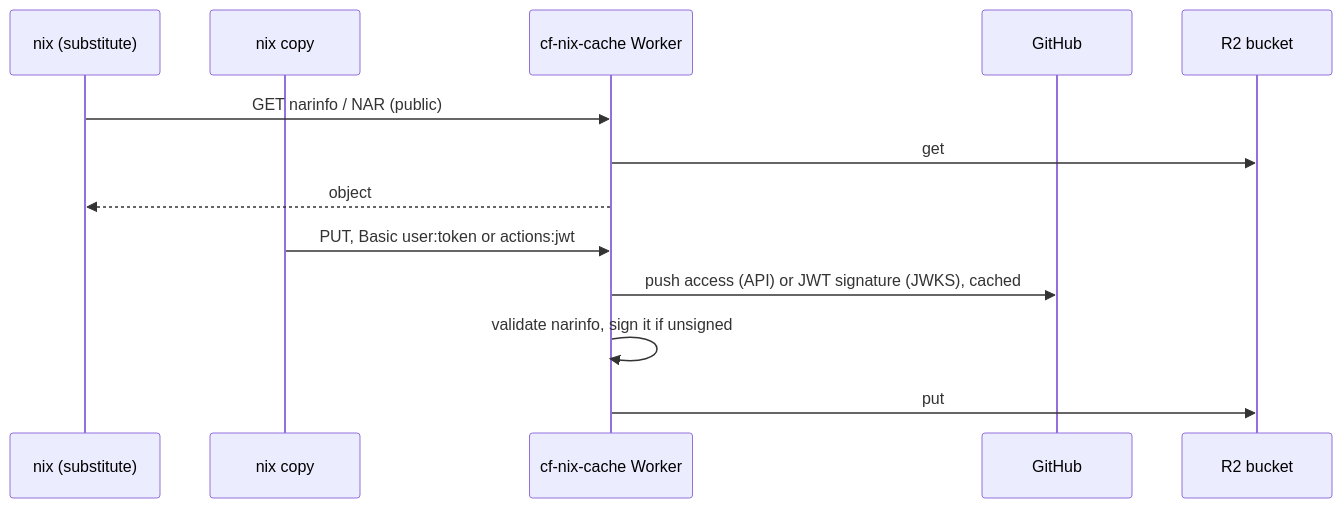
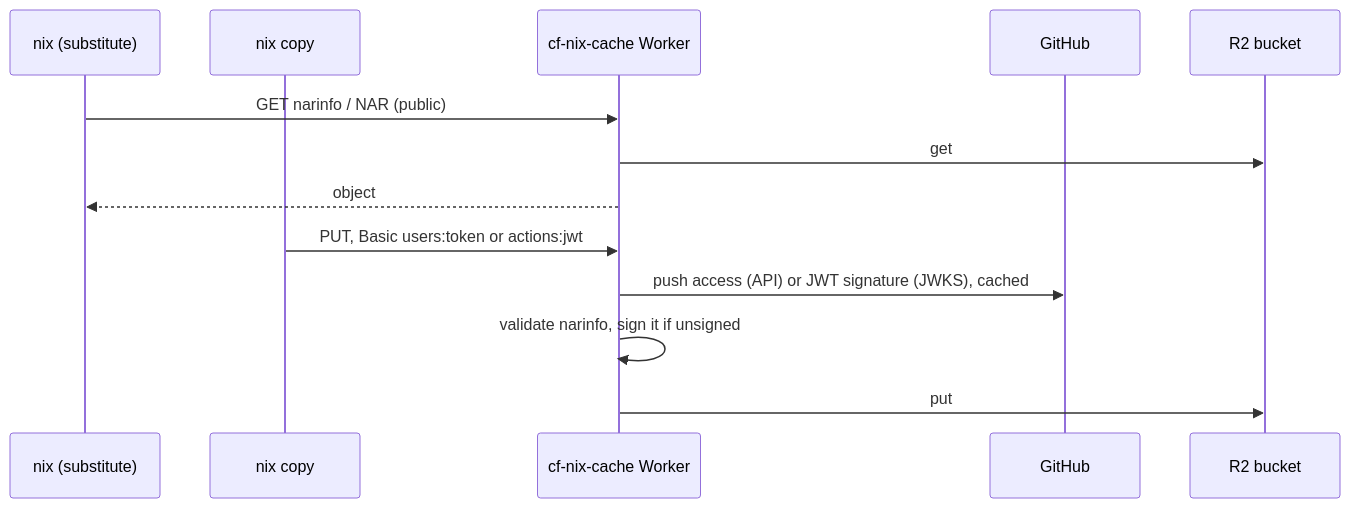
The diagram in README.md (cf-contrib/cf-nix), drawn with Mermaid before and after one commit. The commit also changed other lines of this file and 6 other files, not shown here.

First line of the commit message:
feat!: name the people subject users, plural like actions

````diff
--- a/README.md
+++ b/README.md
@@ -38,16 +38,16 @@
 ```mermaid
 sequenceDiagram
     participant Reader as nix (substitute)
     participant Uploader as nix copy
     participant Worker as cf-nix-cache Worker
     participant GitHub as GitHub
     participant R2 as R2 bucket
 
     Reader->>Worker: GET narinfo / NAR (public)
     Worker->>R2: get
     Worker-->>Reader: object
-    Uploader->>Worker: PUT, Basic user:token or actions:jwt
+    Uploader->>Worker: PUT, Basic users:token or actions:jwt
     Worker->>GitHub: push access (API) or JWT signature (JWKS), cached
     Worker->>Worker: validate narinfo, sign it if unsigned
     Worker->>R2: put
 ```
````
